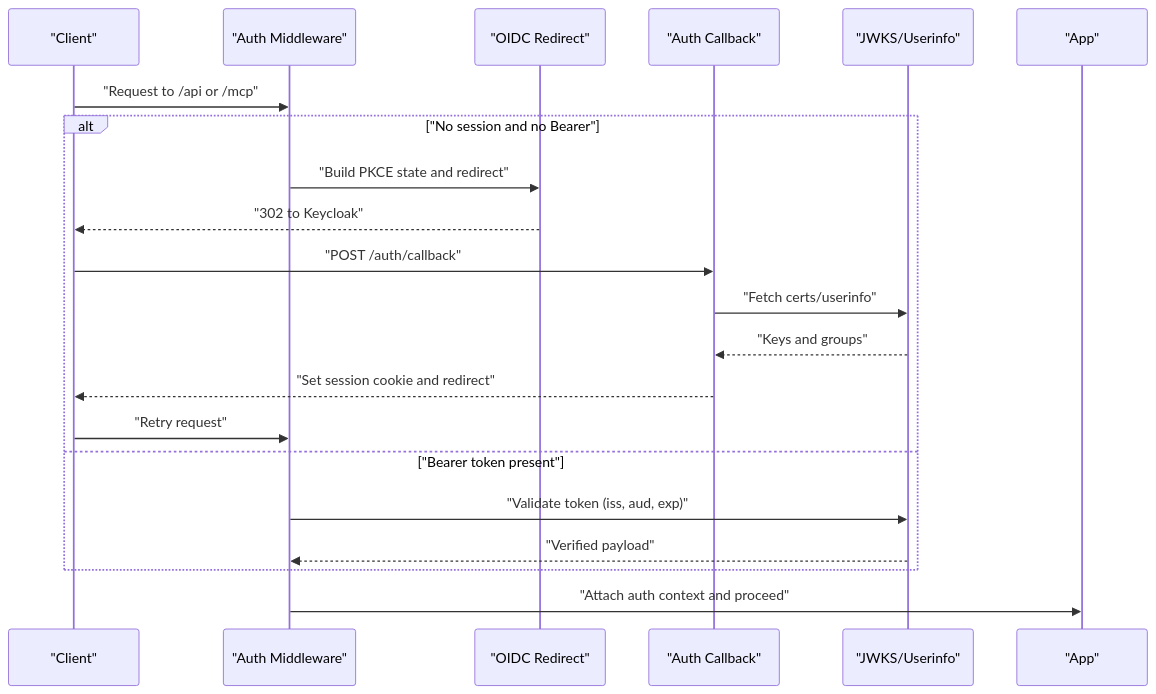
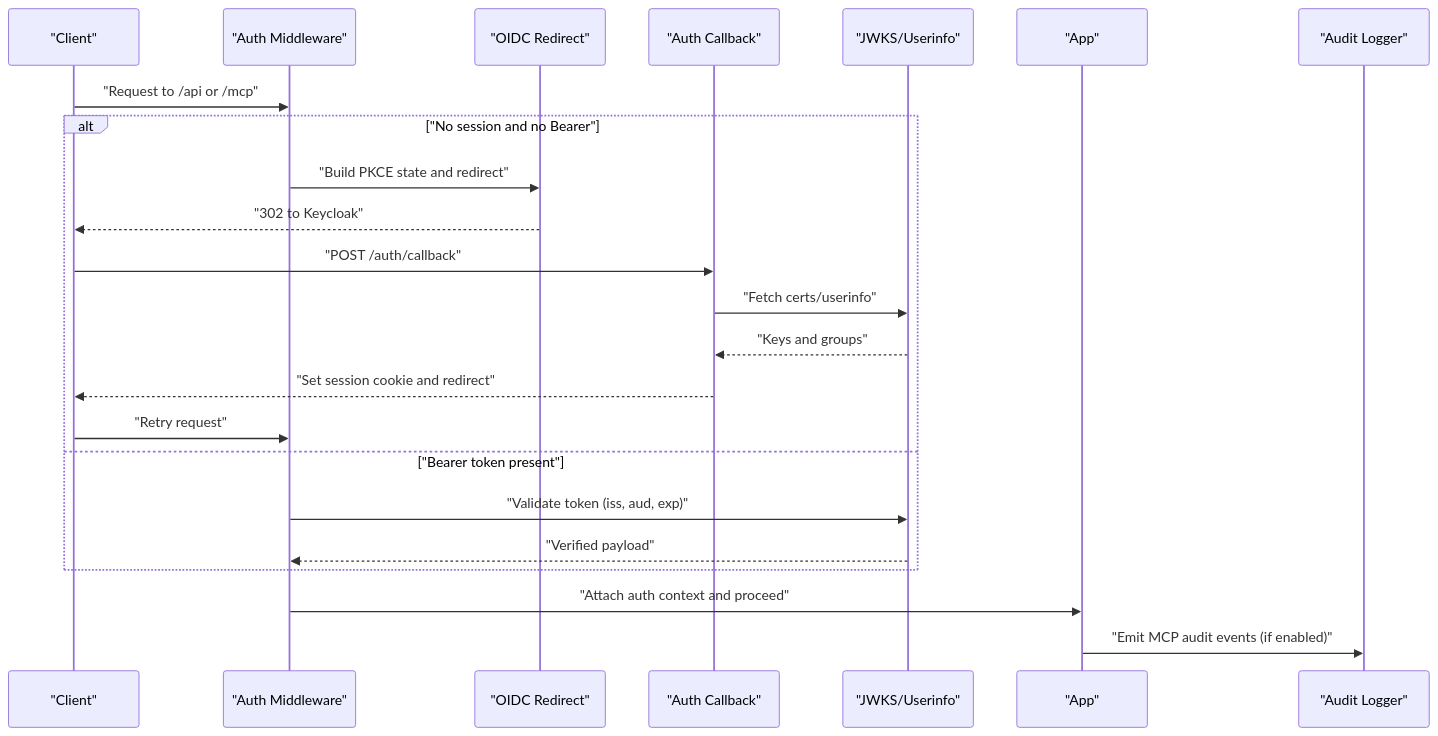
Before and after one commit to debian777/kairos-mcp: the second of 5 diagrams in .qoder/repowiki/en/content/Security Considerations.md, drawn with Mermaid. The commit also changed other lines of this file and 5 other files, not shown here.

````diff
--- a/.qoder/repowiki/en/content/Security Considerations.md
+++ b/.qoder/repowiki/en/content/Security Considerations.md
@@ -97,23 +122,25 @@
 ```mermaid
 sequenceDiagram
 participant C as "Client"
 participant MW as "Auth Middleware"
 participant OR as "OIDC Redirect"
 participant CB as "Auth Callback"
 participant JW as "JWKS/Userinfo"
 participant APP as "App"
+participant AUDIT as "Audit Logger"
 C->>MW : "Request to /api or /mcp"
 alt "No session and no Bearer"
 MW->>OR : "Build PKCE state and redirect"
 OR-->>C : "302 to Keycloak"
 C->>CB : "POST /auth/callback"
 CB->>JW : "Fetch certs/userinfo"
 JW-->>CB : "Keys and groups"
 CB-->>C : "Set session cookie and redirect"
 C->>MW : "Retry request"
 else "Bearer token present"
 MW->>JW : "Validate token (iss, aud, exp)"
 JW-->>MW : "Verified payload"
 end
 MW->>APP : "Attach auth context and proceed"
+APP->>AUDIT : "Emit MCP audit events (if enabled)"
 ```
````
